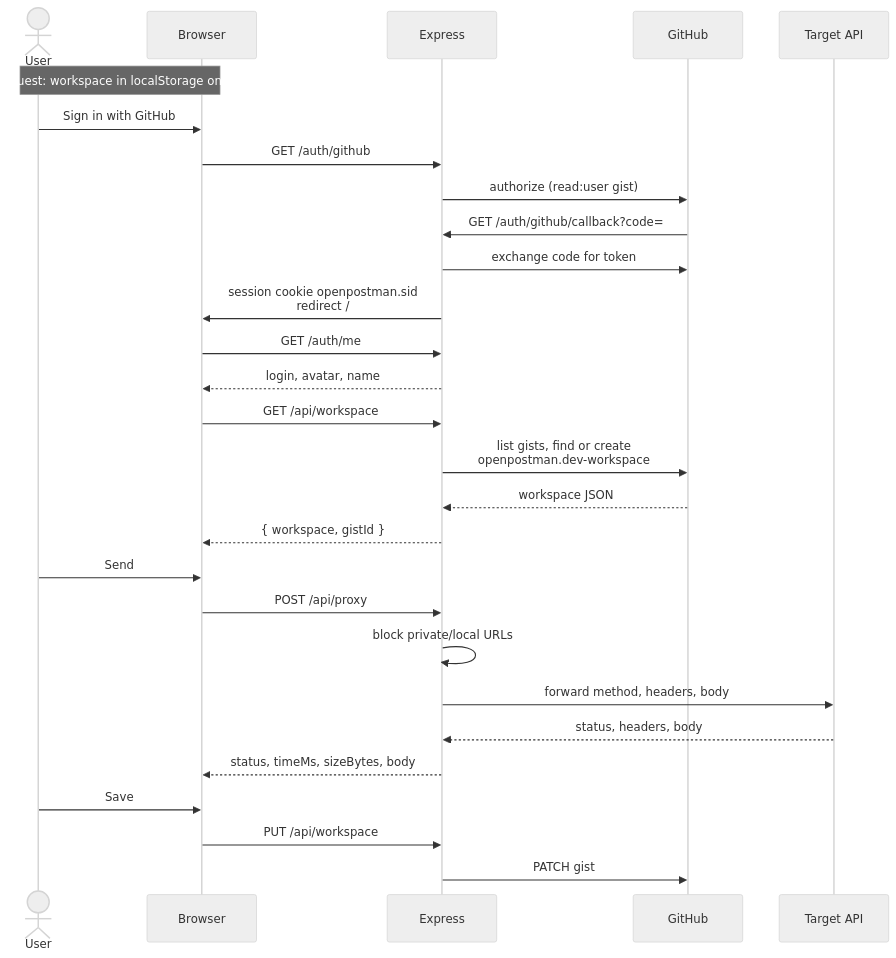
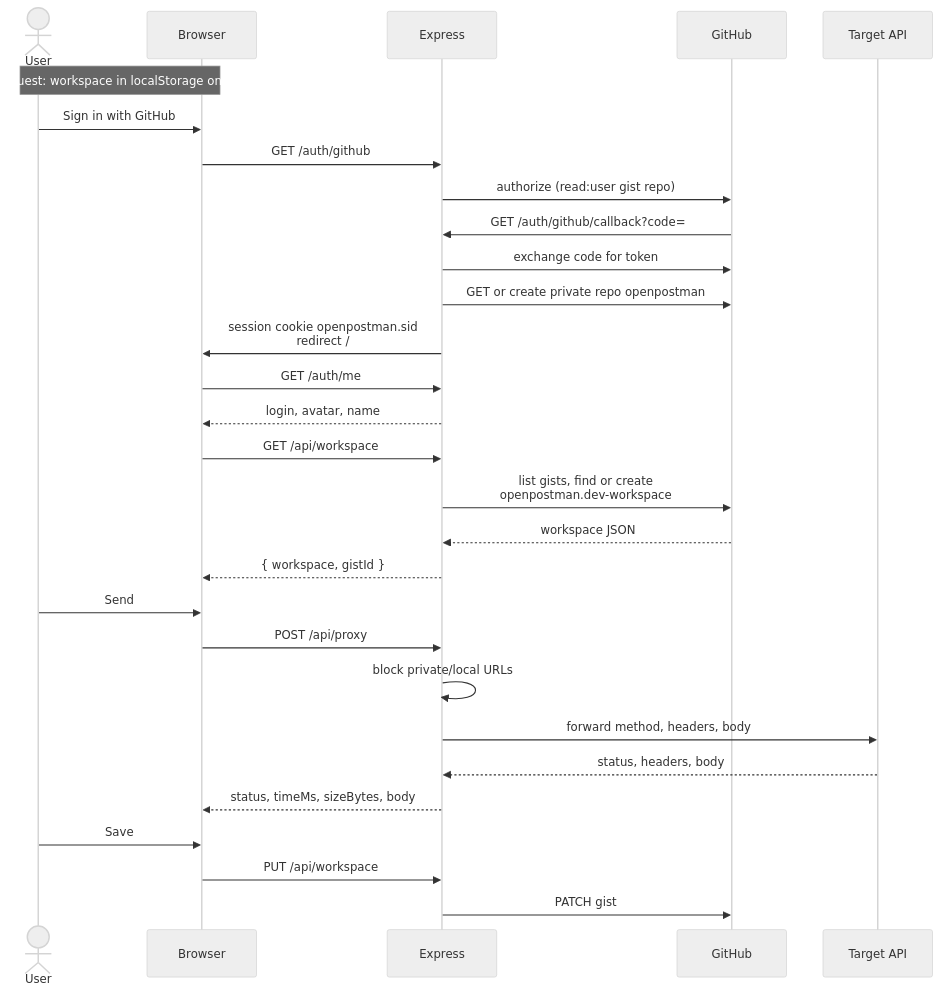
One commit to tiagoyamashita/openpostman.dev changed the third of 8 diagrams in README.md. Above: the diagram before and after it, drawn with Mermaid (neutral theme). The commit also changed other lines of this file and 5 other files, not shown here.

Commit message:
Create a private openpostman GitHub repo on first sign-in if it is missing.

````diff
--- a/README.md
+++ b/README.md
@@ -121,36 +122,37 @@
 ```mermaid
 sequenceDiagram
   actor User
   participant Browser
   participant Server as Express
   participant GitHub
   participant API as Target API
 
   Note over User,Browser: Guest: workspace in localStorage only
 
   User->>Browser: Sign in with GitHub
   Browser->>Server: GET /auth/github
-  Server->>GitHub: authorize (read:user gist)
+  Server->>GitHub: authorize (read:user gist repo)
   GitHub->>Server: GET /auth/github/callback?code=
   Server->>GitHub: exchange code for token
+  Server->>GitHub: GET or create private repo openpostman
   Server->>Browser: session cookie openpostman.sid<br/>redirect /#/app
 
   Browser->>Server: GET /auth/me
   Server-->>Browser: login, avatar, name
 
   Browser->>Server: GET /api/workspace
   Server->>GitHub: list gists, find or create<br/>openpostman.dev-workspace
   GitHub-->>Server: workspace JSON
   Server-->>Browser: { workspace, gistId }
 
   User->>Browser: Send
   Browser->>Server: POST /api/proxy
   Server->>Server: block private/local URLs
   Server->>API: forward method, headers, body
   API-->>Server: status, headers, body
   Server-->>Browser: status, timeMs, sizeBytes, body
 
   User->>Browser: Save
   Browser->>Server: PUT /api/workspace
   Server->>GitHub: PATCH gist
 ```
````
